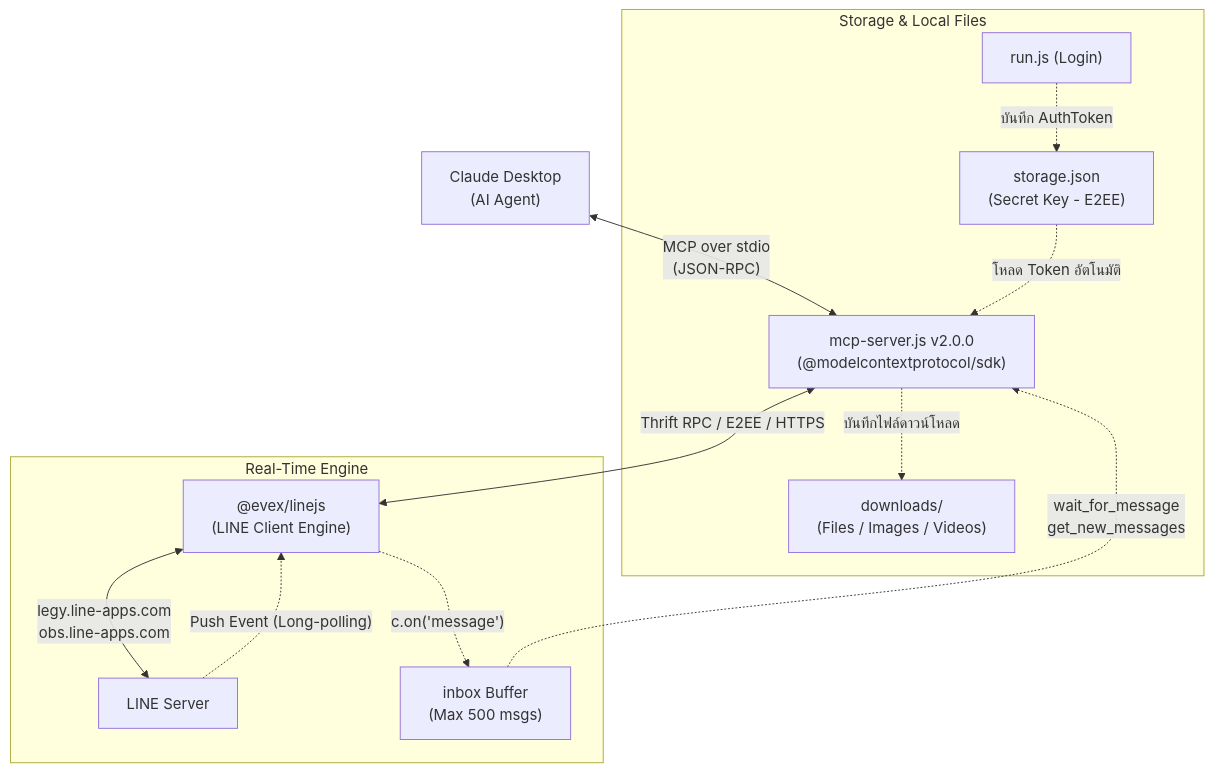
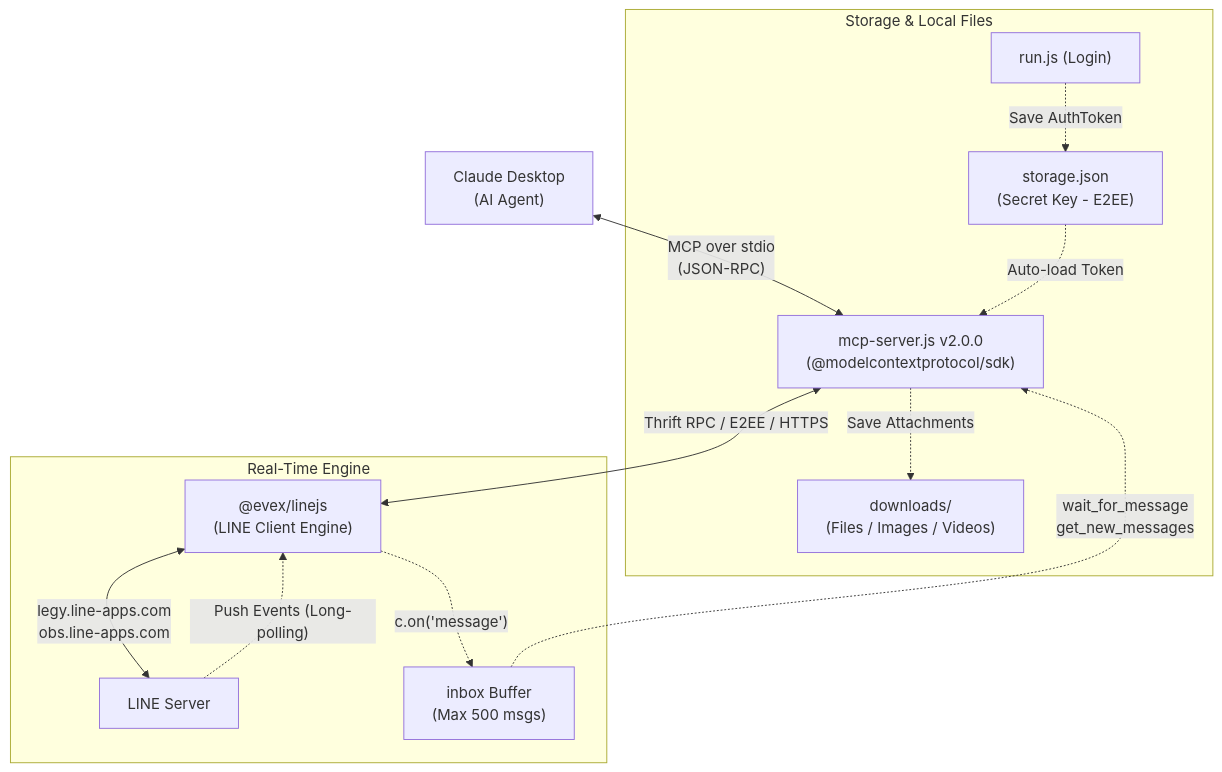
One commit to um1981/line-selfbot-mcp changed the diagram in README.md. Above: the diagram before and after it, drawn with Mermaid. The commit also changed other lines of this file and 1 other file, not shown here.

````diff
--- a/README.md
+++ b/README.md
@@ -25,18 +27,18 @@
 ```mermaid
 flowchart TD
     Claude["Claude Desktop<br/>(AI Agent)"] <-->|"MCP over stdio<br/>(JSON-RPC)"| MCP["mcp-server.js v2.0.0<br/>(@modelcontextprotocol/sdk)"]
     MCP <-->|"Thrift RPC / E2EE / HTTPS"| LineJS["@evex/linejs<br/>(LINE Client Engine)"]
     LineJS <-->|"legy.line-apps.com<br/>obs.line-apps.com"| LineServer["LINE Server"]
     
     subgraph Storage & Local Files
-        LoginScript["run.js (Login)"] -.->|"บันทึก AuthToken"| Storage["storage.json<br/>(Secret Key - E2EE)"]
-        Storage -.->|"โหลด Token อัตโนมัติ"| MCP
-        MCP -.->|"บันทึกไฟล์ดาวน์โหลด"| Downloads["downloads/<br/>(Files / Images / Videos)"]
+        LoginScript["run.js (Login)"] -.->|"Save AuthToken"| Storage["storage.json<br/>(Secret Key - E2EE)"]
+        Storage -.->|"Auto-load Token"| MCP
+        MCP -.->|"Save Attachments"| Downloads["downloads/<br/>(Files / Images / Videos)"]
     end
 
     subgraph Real-Time Engine
-        LineServer -.->|"Push Event (Long-polling)"| LineJS
+        LineServer -.->|"Push Events (Long-polling)"| LineJS
         LineJS -.->|"c.on('message')"| InboxBuffer["inbox Buffer<br/>(Max 500 msgs)"]
         InboxBuffer -.->|"wait_for_message<br/>get_new_messages"| MCP
     end
 ```
````
